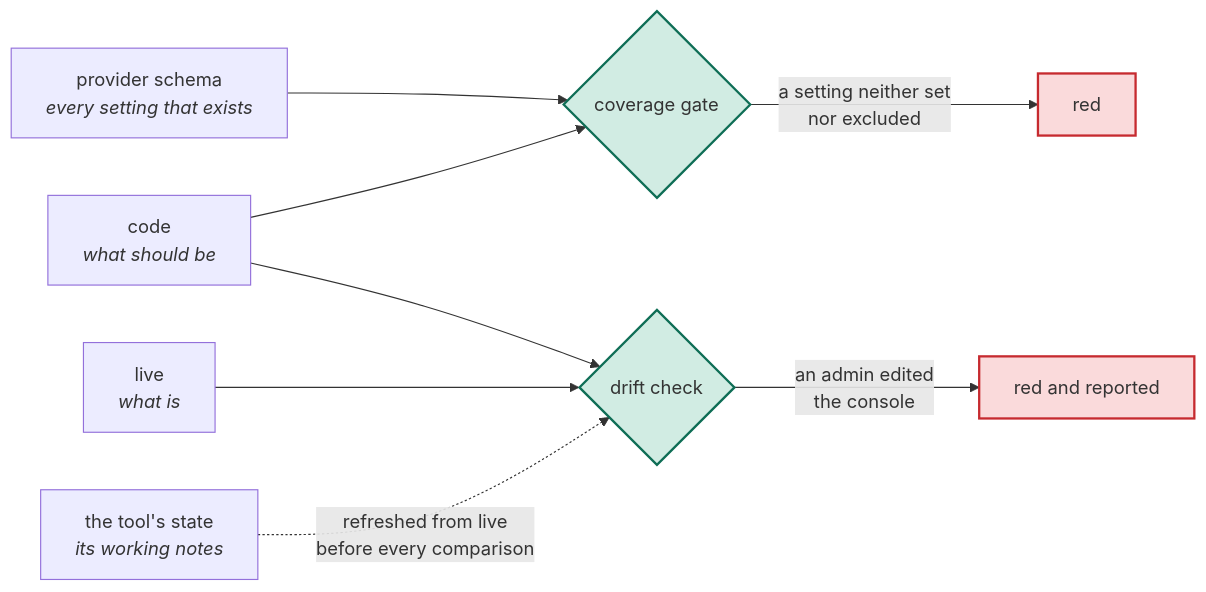
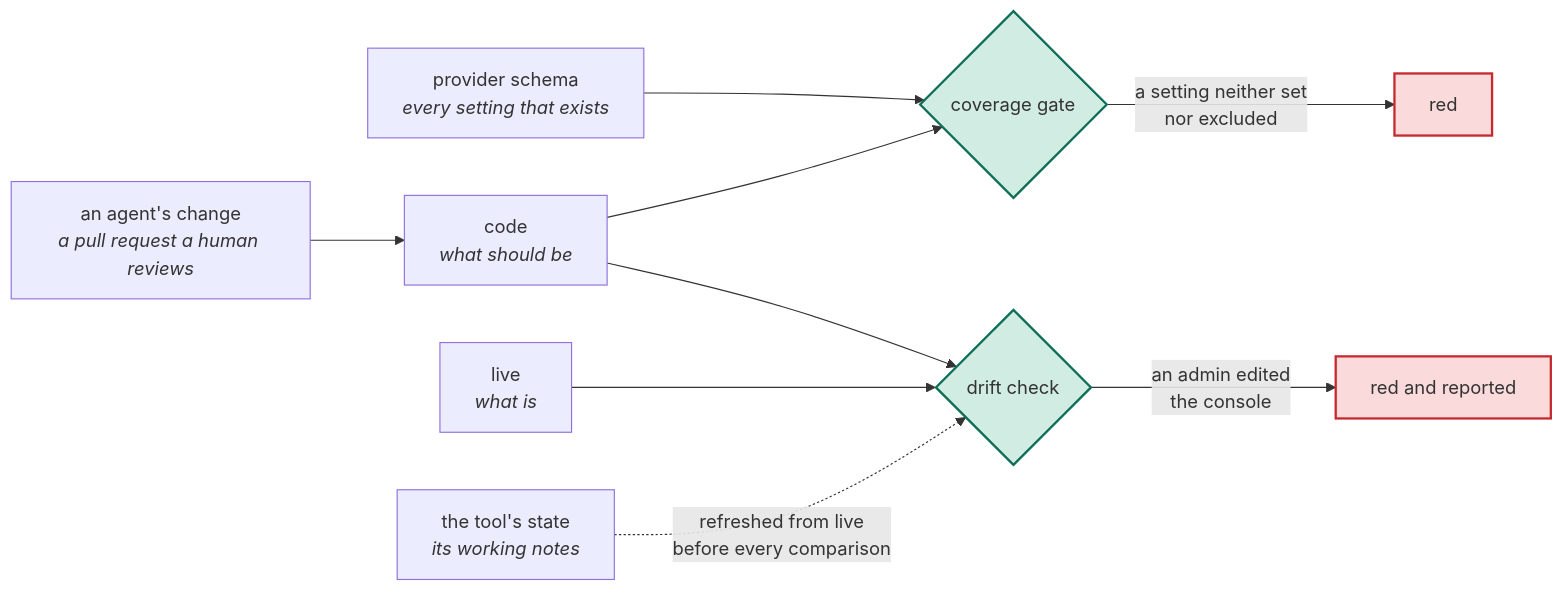
The diagram in org-as-code/SPEC.md (perimetercompute/specs), drawn with Mermaid before and after one commit. The commit also changed other lines of this file and 3 other files, not shown here.

````diff
--- a/org-as-code/SPEC.md
+++ b/org-as-code/SPEC.md
@@ -37,14 +43,15 @@
 ```mermaid
 flowchart LR
+    agent["an agent's change<br/><i>a pull request a human reviews</i>"] --> code
     schema["provider schema<br/><i>every setting that exists</i>"] --> gate{"coverage gate"}
     code["code<br/><i>what should be</i>"] --> gate
     gate -- "a setting neither set<br/>nor excluded" --> red1["red"]
     code --> drift{"drift check"}
     live["live<br/><i>what is</i>"] --> drift
     drift -- "an admin edited<br/>the console" --> red2["red and reported"]
     state["the tool's state<br/><i>its working notes</i>"] -. "refreshed from live<br/>before every comparison" .-> drift
     classDef check fill:#1d9e7533,stroke:#0f6e56,stroke-width:2px
     classDef red fill:#e5484d33,stroke:#c62a2f,stroke-width:2px
     class gate,drift check
     class red1,red2 red
 ```
````
